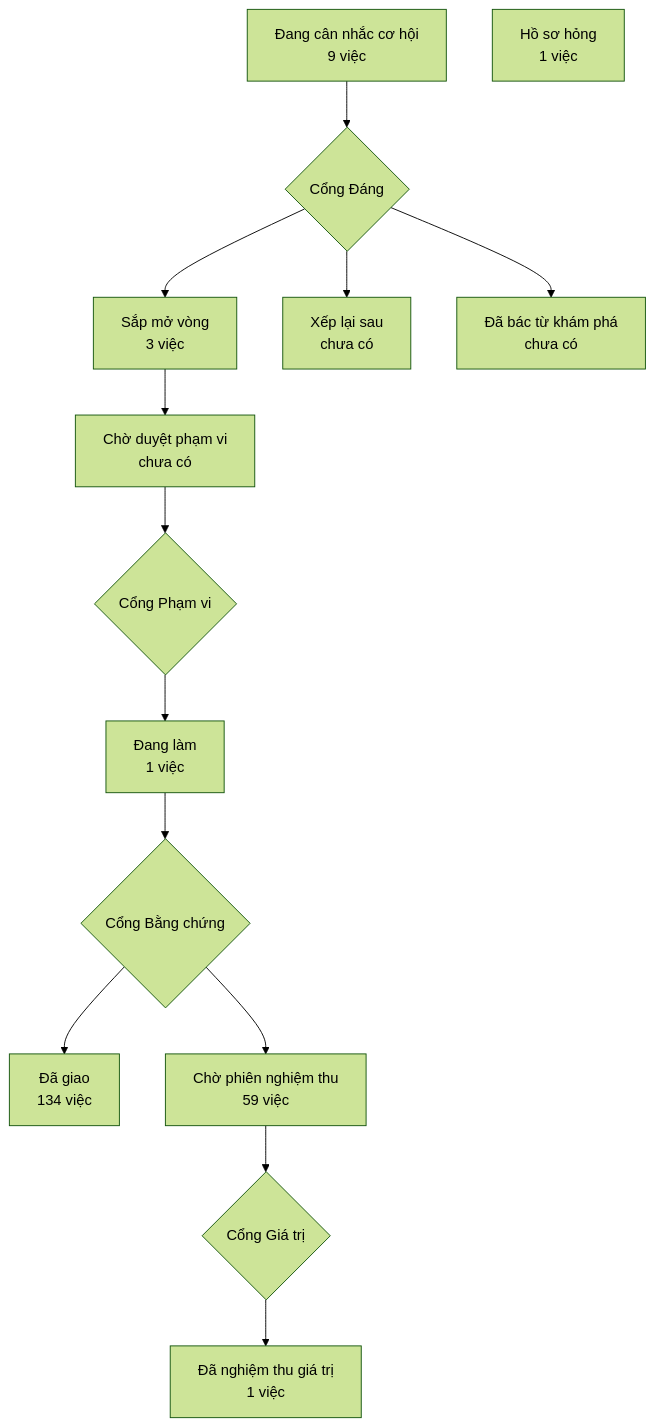
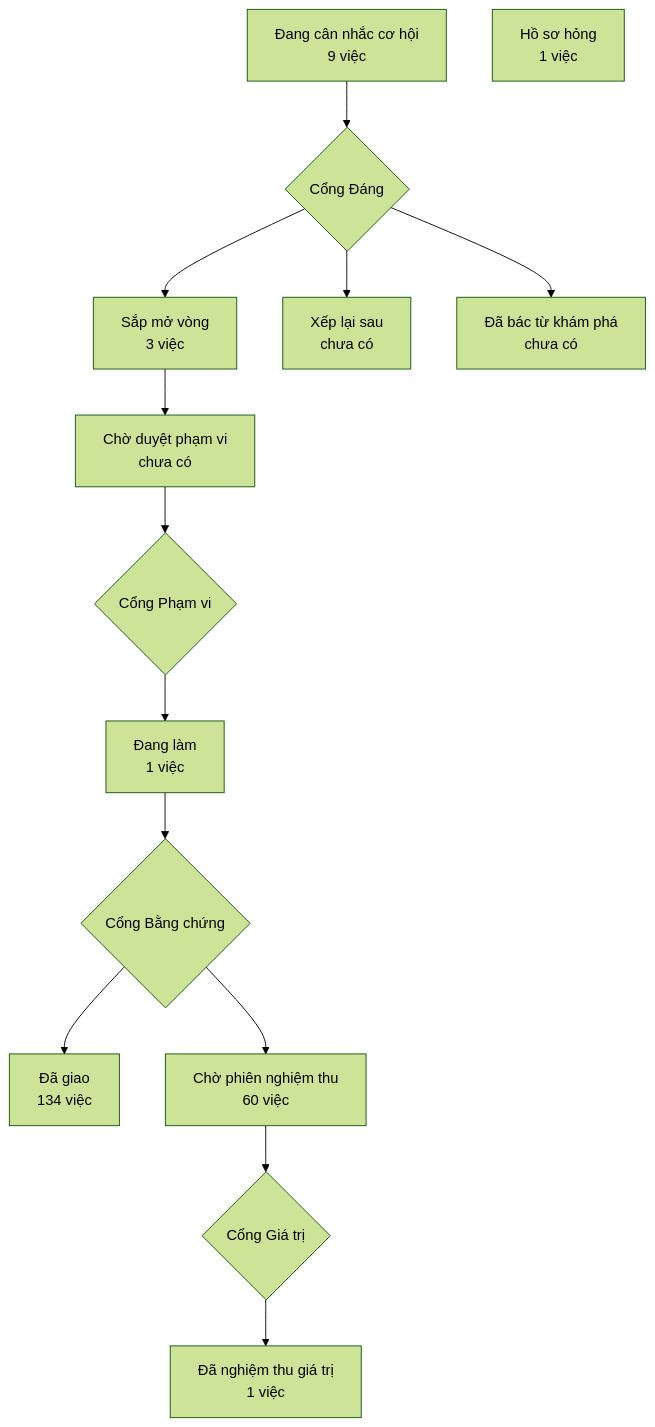
Before and after one commit to phanlemanh/crm-onehub: the diagram in PRODUCT-MAP.md, drawn with Mermaid (forest theme). The commit also changed other lines of this file and 1 other file, not shown here.

Commit message:
chore: vẽ lại bản đồ sản phẩm từ bản sạch

````diff
--- a/PRODUCT-MAP.md
+++ b/PRODUCT-MAP.md
@@ -7,13 +7,13 @@
 ```mermaid
 flowchart TD
   A["Đang cân nhắc cơ hội<br/>9 việc"] --> GD{"Cổng Đáng"}
   GD --> B["Sắp mở vòng<br/>3 việc"]
   GD --> XL["Xếp lại sau<br/>chưa có"]
   GD --> DB["Đã bác từ khám phá<br/>chưa có"]
   B --> CD["Chờ duyệt phạm vi<br/>chưa có"] --> GP{"Cổng Phạm vi"}
   GP --> DL["Đang làm<br/>1 việc"] --> GB{"Cổng Bằng chứng"}
   GB --> DG["Đã giao<br/>134 việc"]
-  GB --> CN["Chờ phiên nghiệm thu<br/>59 việc"] --> GG{"Cổng Giá trị"}
+  GB --> CN["Chờ phiên nghiệm thu<br/>60 việc"] --> GG{"Cổng Giá trị"}
   GG --> NT["Đã nghiệm thu giá trị<br/>1 việc"]
   HS["Hồ sơ hỏng<br/>1 việc"]
 ```
````
